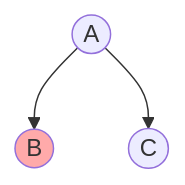
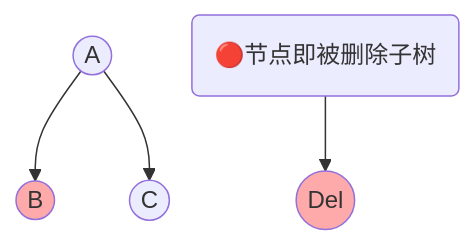
The first of 8 diagrams in README.md (LilywhiteSpring/Top_Down_AVL_Deletion), drawn with Mermaid before and after one commit. The commit also changed other lines of this file, not shown here.

````diff
--- a/README.md
+++ b/README.md
@@ -13,11 +13,14 @@
 ```mermaid
 graph TD
 	A((A))
 	B((B))
 	C((C))
+	D((Del))
+	note(🔴节点即被删除子树)
 	A --> B
 	A --> C
-	
+	note --> D
+
 	style B fill:#ffaaaa
-	
+	style D fill:#ffaaaa
 ```
````
